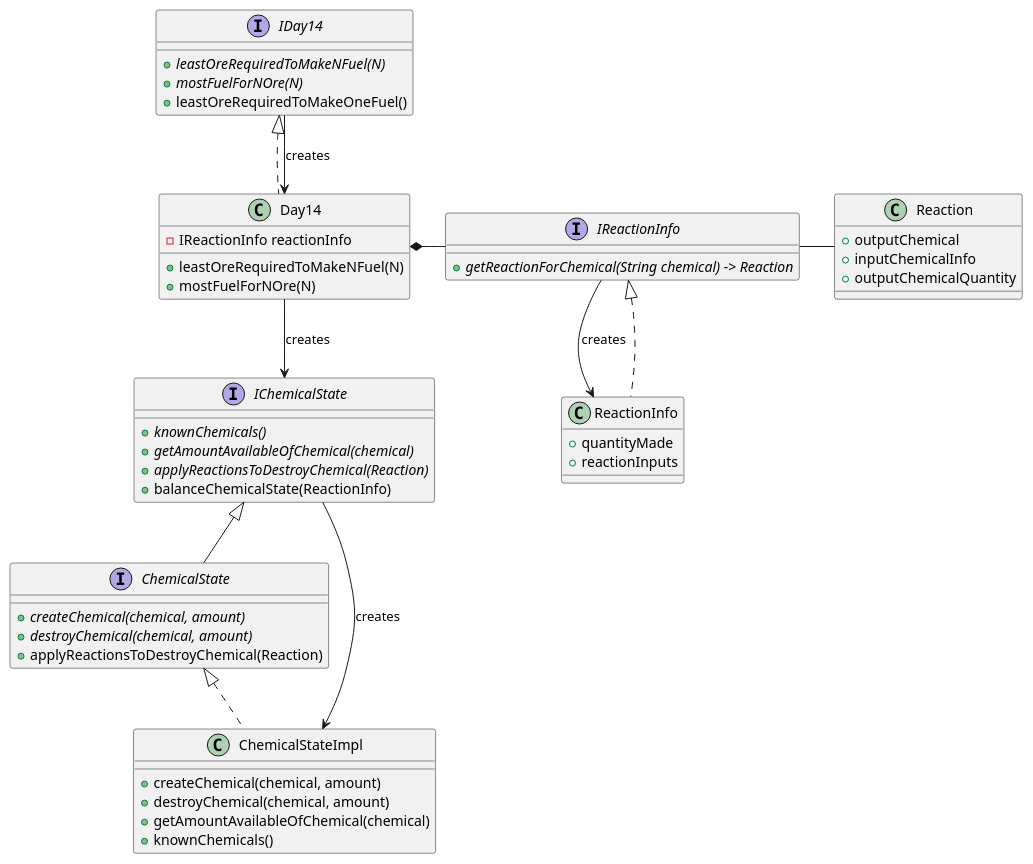
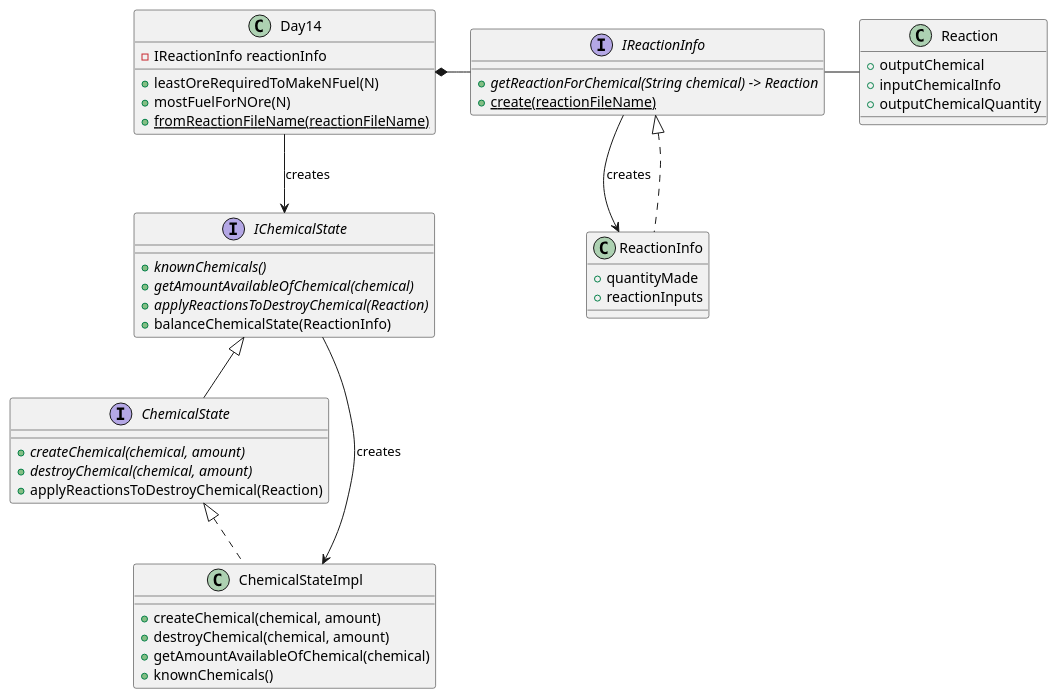
Before and after one commit to jdbr827/AdventOfCode_2019_Java: the diagram in src/year_2019/day14/day_14_uml.puml, drawn with PlantUML. The commit also changed 3 other files, not shown here.

```diff
--- a/src/year_2019/day14/day_14_uml.puml
+++ b/src/year_2019/day14/day_14_uml.puml
@@ -1,77 +1,71 @@
 @startuml
 'https://plantuml.com/class-diagram
 
 
 
 class ReactionInfo {
 + quantityMade
 + reactionInputs
 }
 
 
 interface IReactionInfo {
 +{abstract}getReactionForChemical(String chemical) -> Reaction
++{static} create(reactionFileName)
 }
 
 IReactionInfo - Reaction
 
 class Reaction {
 +outputChemical
 +inputChemicalInfo
 +outputChemicalQuantity
 }
 
-interface IDay14 {
-+{abstract}leastOreRequiredToMakeNFuel(N)
-+{abstract}mostFuelForNOre(N)
-+leastOreRequiredToMakeOneFuel()
-
-}
 
 class Day14 {
 -IReactionInfo reactionInfo
 +leastOreRequiredToMakeNFuel(N)
 +mostFuelForNOre(N)
-
++{static} fromReactionFileName(reactionFileName)
 }
 
 
 
-IDay14 <|.. Day14
+
 
 Day14 *- IReactionInfo
 IReactionInfo <|.. ReactionInfo
 
 Day14 --> IChemicalState : "creates"
 
 interface IChemicalState {
 + {abstract} knownChemicals()
 + {abstract} getAmountAvailableOfChemical(chemical)
 + {abstract} applyReactionsToDestroyChemical(Reaction)
 +balanceChemicalState(ReactionInfo)
 }
 
 interface ChemicalState {
 + {abstract} createChemical(chemical, amount)
 + {abstract} destroyChemical(chemical, amount)
 + applyReactionsToDestroyChemical(Reaction)
 }
 
 IChemicalState <|-- ChemicalState
 
 ChemicalState <|.. ChemicalStateImpl
 
 class ChemicalStateImpl {
 + createChemical(chemical, amount)
 + destroyChemical(chemical, amount)
 + getAmountAvailableOfChemical(chemical)
 + knownChemicals()
 }
 
 IChemicalState --> ChemicalStateImpl: "creates"
-IDay14 --> Day14: "creates"
 IReactionInfo --> ReactionInfo: "creates"
 
 
 
 @enduml
```
